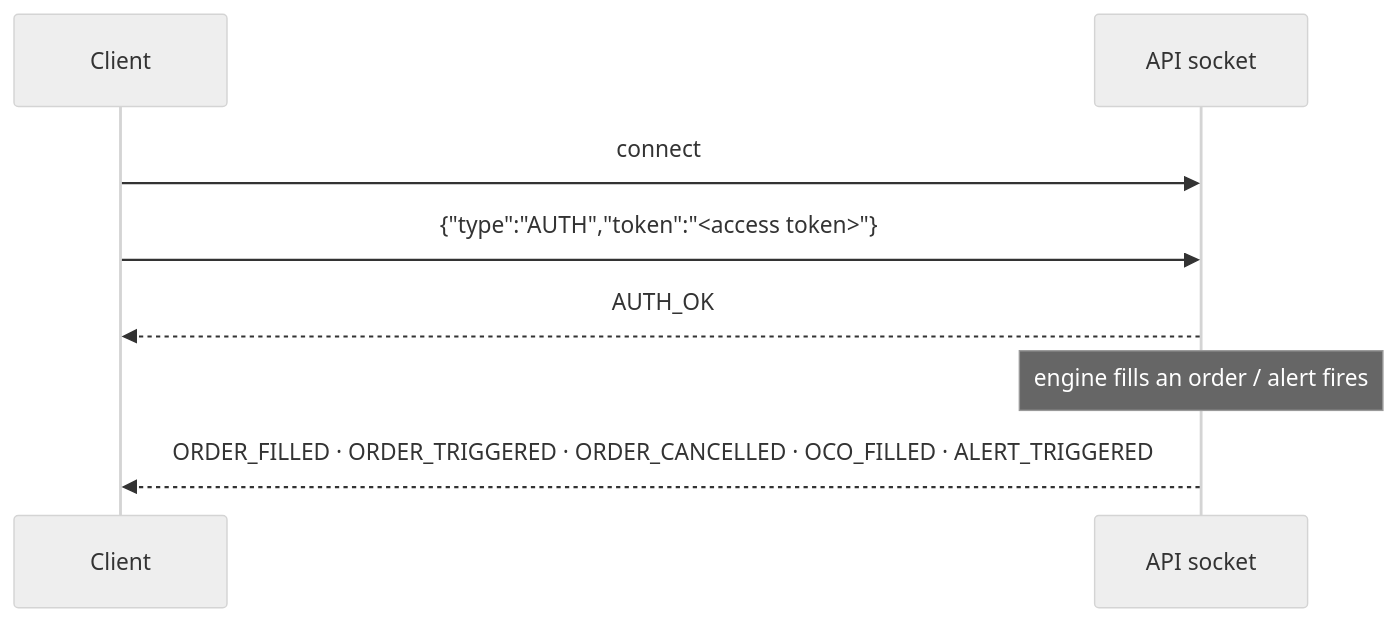
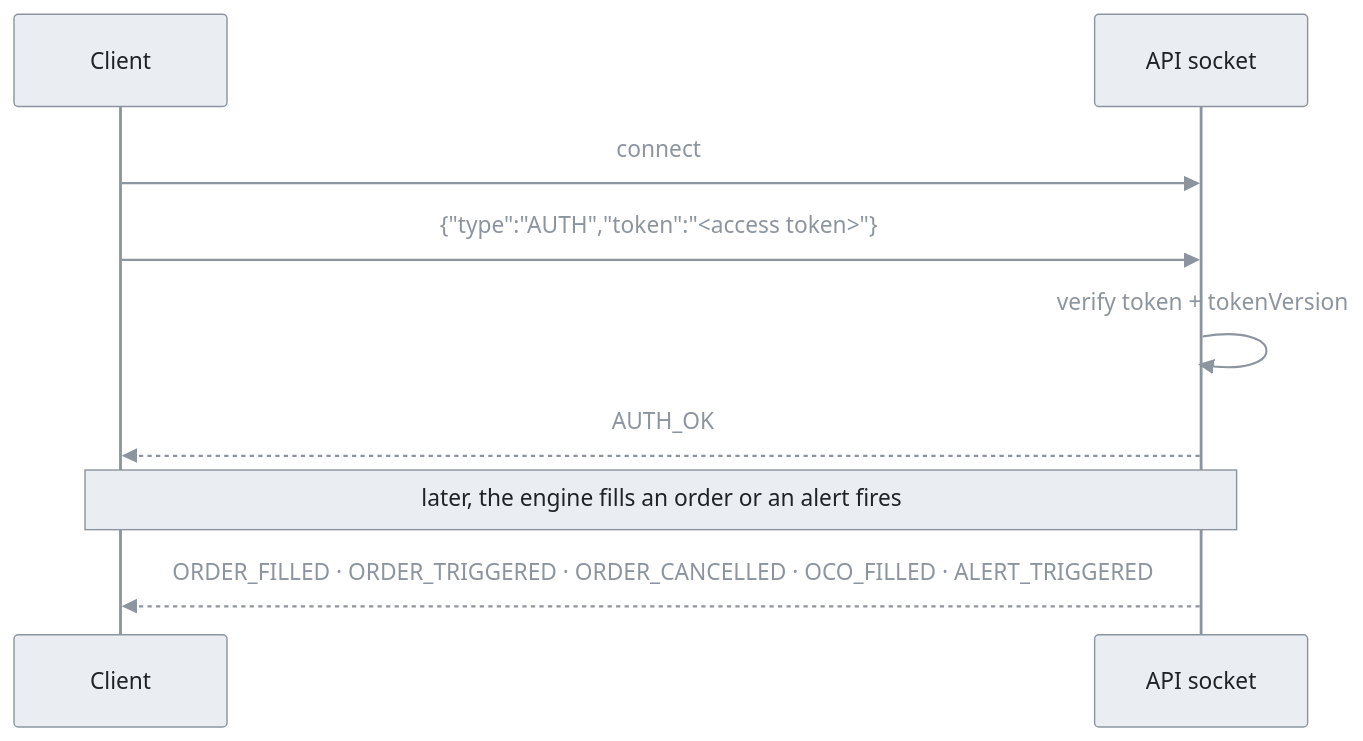
One commit to Arjunsathia/NexChain-backend changed the fifth of 8 diagrams in README.md. Above: the diagram before and after it, drawn with Mermaid. The commit also changed other lines of this file and 1 other file, not shown here.

First line of the commit message:
Make the README clearer, with diagrams and a screenshot

````diff
--- a/README.md
+++ b/README.md
@@ -182,11 +251,12 @@
 ```mermaid
-%%{init: {'theme':'neutral'}}%%
+%%{init: {"theme":"base","themeVariables":{"primaryColor":"#eaeef2","primaryTextColor":"#1f2328","primaryBorderColor":"#8c959f","secondaryColor":"#eaeef2","tertiaryColor":"#f6f8fa","lineColor":"#8c959f","textColor":"#57606a","edgeLabelBackground":"#eaeef2","clusterBkg":"#f6f8fa","clusterBorder":"#d0d7de","titleColor":"#57606a","signalColor":"#8c959f","signalTextColor":"#8c959f","actorBkg":"#eaeef2","actorBorder":"#8c959f","actorTextColor":"#1f2328","actorLineColor":"#8c959f","noteBkgColor":"#eaeef2","noteTextColor":"#1f2328","noteBorderColor":"#8c959f","labelBoxBkgColor":"#eaeef2","labelBoxBorderColor":"#8c959f","labelTextColor":"#1f2328","loopTextColor":"#8c959f","sequenceNumberColor":"#ffffff"}}}%%
 sequenceDiagram
     participant C as Client
     participant S as API socket
     C->>S: connect
     C->>S: {"type":"AUTH","token":"<access token>"}
+    S->>S: verify token + tokenVersion
     S-->>C: AUTH_OK
-    Note over S: engine fills an order / alert fires
+    Note over C,S: later, the engine fills an order or an alert fires
     S-->>C: ORDER_FILLED · ORDER_TRIGGERED · ORDER_CANCELLED · OCO_FILLED · ALERT_TRIGGERED
 ```
````
